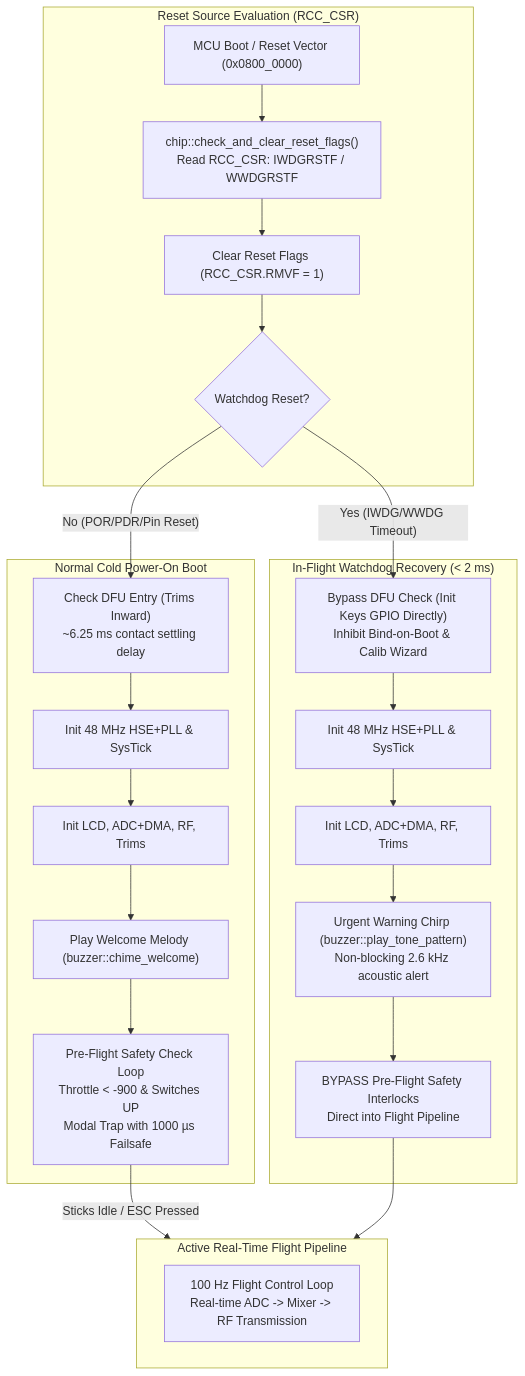
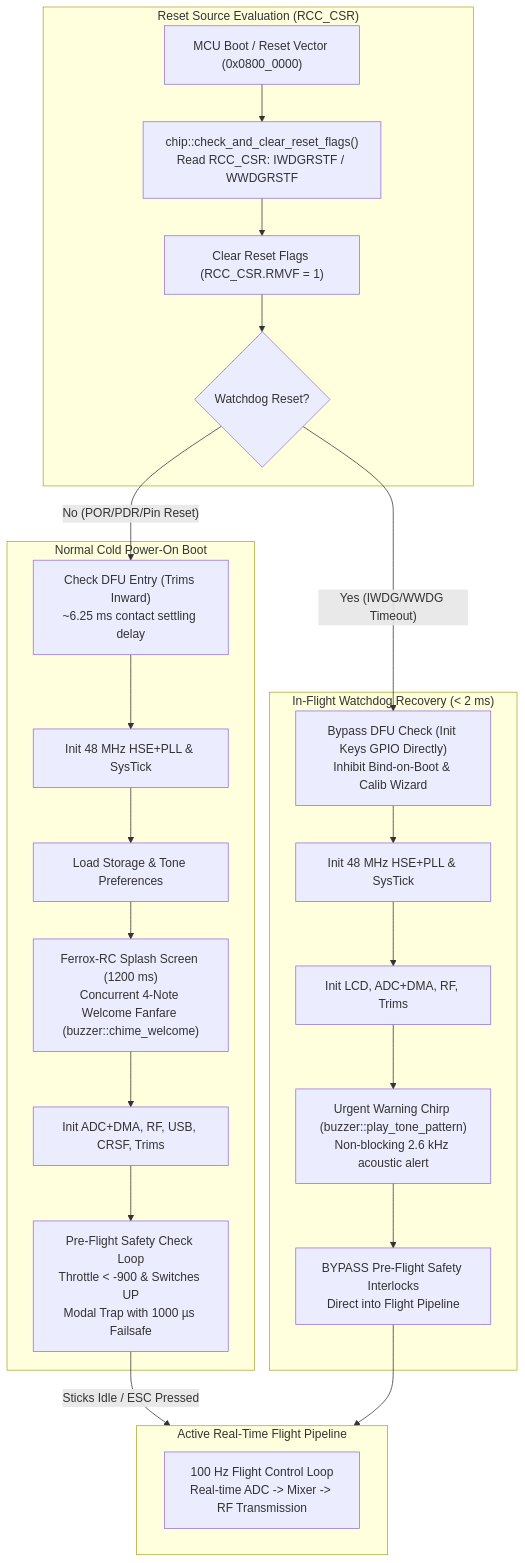
The second of 2 diagrams in docs/ARCHITECTURE.md (ferrox-rc/flysky-i6s-rs), drawn with Mermaid before and after one commit. The commit also changed other lines of this file and 6 other files, not shown here.

Commit message:
docs: update system docs, user guide, and changelog for modern UI, 5-page dashboard, and splash screen

````diff
--- a/docs/ARCHITECTURE.md
+++ b/docs/ARCHITECTURE.md
@@ -70,38 +70,39 @@
 ```mermaid
 flowchart TD
     subgraph Boot_Decision ["Reset Source Evaluation (RCC_CSR)"]
         Boot["MCU Boot / Reset Vector (0x0800_0000)"]
         ReadCSR["chip::check_and_clear_reset_flags()<br>Read RCC_CSR: IWDGRSTF / WWDGRSTF"]
         ClearCSR["Clear Reset Flags (RCC_CSR.RMVF = 1)"]
         IsWDT{"Watchdog Reset?"}
         
         Boot --> ReadCSR --> ClearCSR --> IsWDT
     end
 
     subgraph Cold_Boot ["Normal Cold Power-On Boot"]
         DFU["Check DFU Entry (Trims Inward)<br>~6.25 ms contact settling delay"]
         Clocks["Init 48 MHz HSE+PLL & SysTick"]
-        Periphs["Init LCD, ADC+DMA, RF, Trims"]
-        Welcome["Play Welcome Melody (buzzer::chime_welcome)"]
+        Storage["Load Storage & Tone Preferences"]
+        Splash["Ferrox-RC Splash Screen (1200 ms)<br>Concurrent 4-Note Welcome Fanfare (buzzer::chime_welcome)"]
+        Periphs["Init ADC+DMA, RF, USB, CRSF, Trims"]
         SafetyCheck["Pre-Flight Safety Check Loop<br>Throttle < -900 & Switches UP<br>Modal Trap with 1000 µs Failsafe"]
         
-        IsWDT -- "No (POR/PDR/Pin Reset)" --> DFU --> Clocks --> Periphs --> Welcome --> SafetyCheck
+        IsWDT -- "No (POR/PDR/Pin Reset)" --> DFU --> Clocks --> Storage --> Splash --> Periphs --> SafetyCheck
     end
 
     subgraph Warm_Recovery ["In-Flight Watchdog Recovery (< 2 ms)"]
         FastInit["Bypass DFU Check (Init Keys GPIO Directly)<br>Inhibit Bind-on-Boot & Calib Wizard"]
         ClocksWarm["Init 48 MHz HSE+PLL & SysTick"]
         PeriphsWarm["Init LCD, ADC+DMA, RF, Trims"]
         AlertChirp["Urgent Warning Chirp (buzzer::play_tone_pattern)<br>Non-blocking 2.6 kHz acoustic alert"]
         BypassCheck["BYPASS Pre-Flight Safety Interlocks<br>Direct into Flight Pipeline"]
         
         IsWDT -- "Yes (IWDG/WWDG Timeout)" --> FastInit --> ClocksWarm --> PeriphsWarm --> AlertChirp --> BypassCheck
     end
 
     subgraph Flight_Loop ["Active Real-Time Flight Pipeline"]
         ActiveRF["100 Hz Flight Control Loop<br>Real-time ADC -> Mixer -> RF Transmission"]
     end
 
     SafetyCheck -- "Sticks Idle / ESC Pressed" --> Flight_Loop
     BypassCheck --> Flight_Loop
 ```
````
